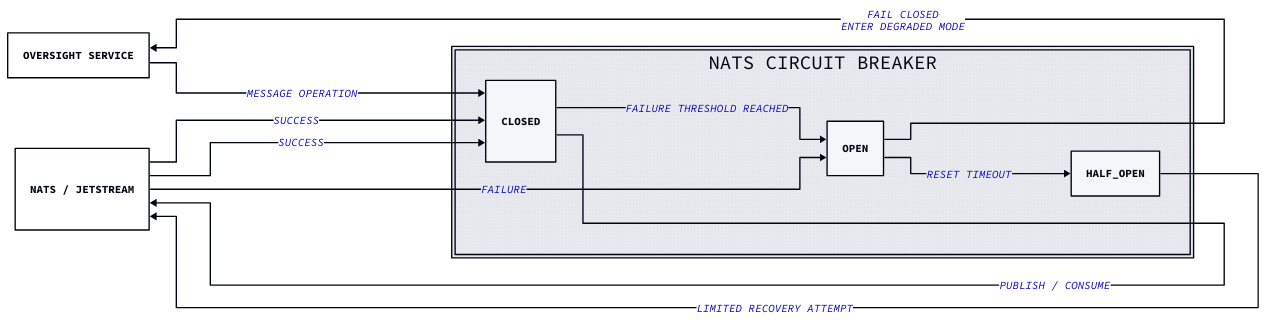
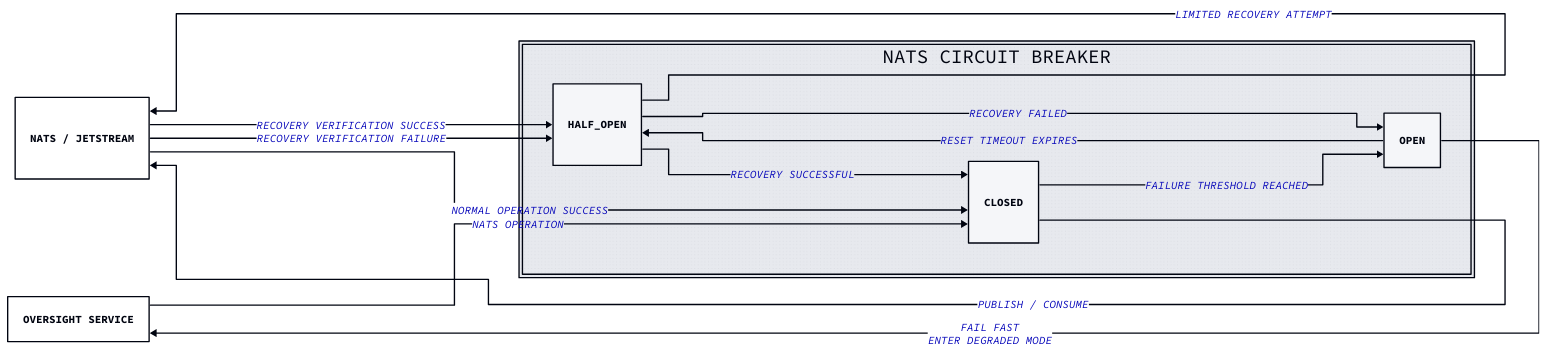
One commit to ARMummert/oversight-docs changed the diagram in assets/NATS-circuit-breaker.d2. Above: the diagram before and after it, drawn with D2. The commit also changed 3 other files, not shown here.

```diff
--- a/assets/NATS-circuit-breaker.d2
+++ b/assets/NATS-circuit-breaker.d2
@@ -1,32 +1,35 @@
 vars: {
   d2-config: {
     theme-id: 300
     layout-engine: elk
   }
 }
 
 direction: right
 
 oversight: Oversight Service
 
 breaker: NATS Circuit Breaker {
   closed: CLOSED
   open: OPEN
   half_open: HALF_OPEN
 }
 
 nats: NATS / JetStream
 
-oversight -> breaker.closed: message operation
-breaker.closed -> nats: publish / consume
+oversight -> breaker.closed: NATS operation
+breaker.closed -> nats: Publish / consume
 
-nats -> breaker.closed: success
+nats -> breaker.closed: Normal operation success
 
-breaker.closed -> breaker.open: failure threshold reached
-breaker.open -> breaker.half_open: reset timeout
-breaker.half_open -> nats: limited recovery attempt
+breaker.closed -> breaker.open: Failure threshold reached
+breaker.open -> oversight: Fail fast\nEnter degraded mode
 
-nats -> breaker.closed: success
-nats -> breaker.open: failure
+breaker.open -> breaker.half_open: Reset timeout expires
 
-breaker.open -> oversight: fail closed\nenter degraded mode
+breaker.half_open -> nats: Limited recovery attempt
+nats -> breaker.half_open: Recovery verification success
+breaker.half_open -> breaker.closed: Recovery successful
+
+nats -> breaker.half_open: Recovery verification failure
+breaker.half_open -> breaker.open: Recovery failed
```
